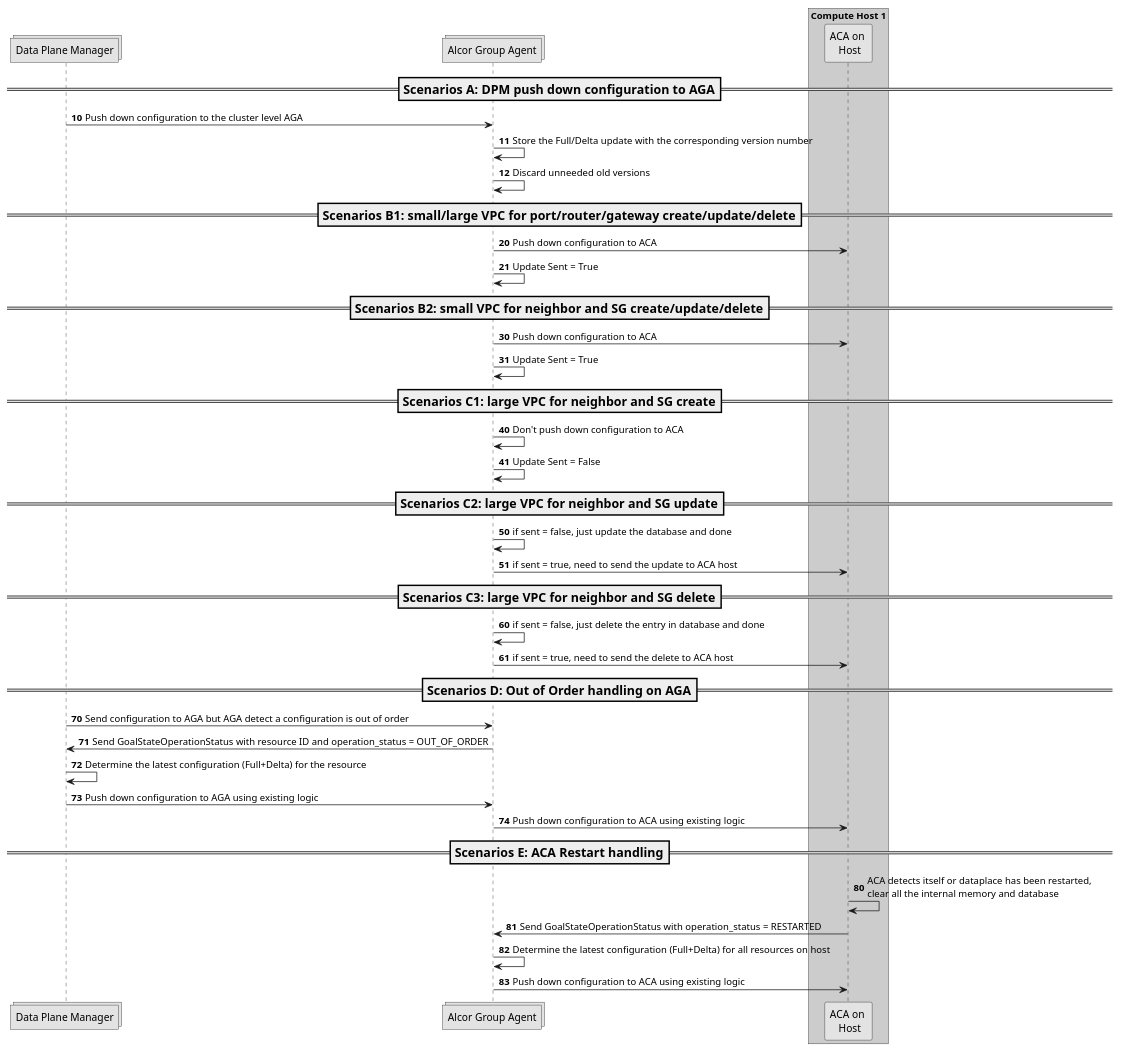
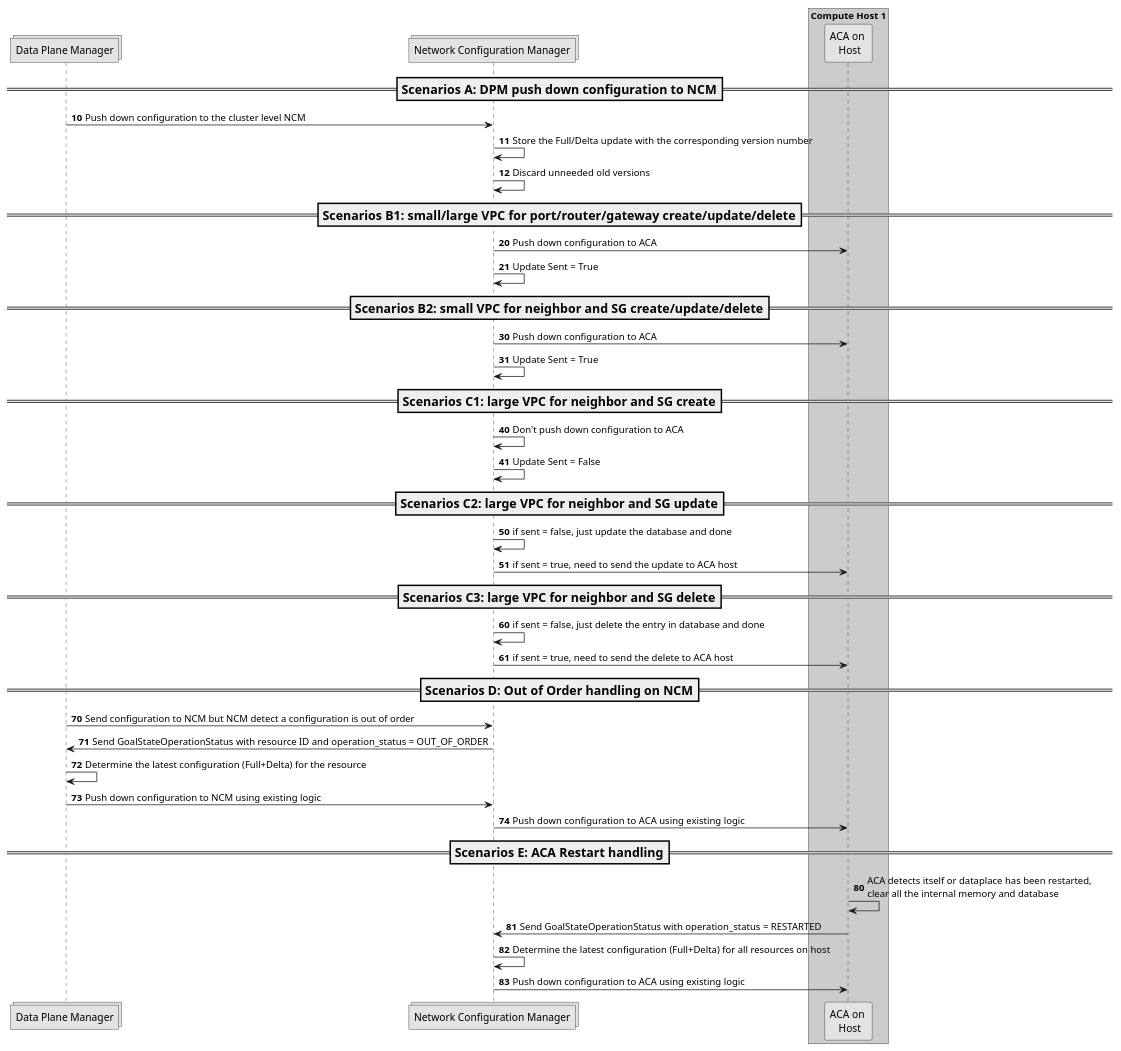
One commit to futurewei-cloud/alcor changed the diagram in docs/modules/ROOT/workflows/NCM_workflow.puml. Above: the diagram before and after it, drawn with PlantUML. The commit also changed 5 other files, not shown here.

```diff
--- a/docs/modules/ROOT/workflows/NCM_workflow.puml
+++ b/docs/modules/ROOT/workflows/NCM_workflow.puml
@@ -15,67 +15,67 @@
 @startuml
 
 skinparam monochrome true
 
 collections "Data Plane Manager"
-collections "Alcor Group Agent"
+collections "Network Configuration Manager"
 
 box "Compute Host 1" #LightBlue
 participant "ACA on \n Host"
 end box
 
 
-===Scenarios A: DPM push down configuration to AGA==
+===Scenarios A: DPM push down configuration to NCM==
 
 autonumber 10
-"Data Plane Manager" -> "Alcor Group Agent": Push down configuration to the cluster level AGA
-"Alcor Group Agent" -> "Alcor Group Agent": Store the Full/Delta update with the corresponding version number
-"Alcor Group Agent" -> "Alcor Group Agent": Discard unneeded old versions
+"Data Plane Manager" -> "Network Configuration Manager": Push down configuration to the cluster level NCM
+"Network Configuration Manager" -> "Network Configuration Manager": Store the Full/Delta update with the corresponding version number
+"Network Configuration Manager" -> "Network Configuration Manager": Discard unneeded old versions
 
 ===Scenarios B1: small/large VPC for port/router/gateway create/update/delete==
 
 autonumber 20
-"Alcor Group Agent" -> "ACA on \n Host": Push down configuration to ACA
-"Alcor Group Agent" -> "Alcor Group Agent": Update Sent = True
+"Network Configuration Manager" -> "ACA on \n Host": Push down configuration to ACA
+"Network Configuration Manager" -> "Network Configuration Manager": Update Sent = True
 
 ===Scenarios B2: small VPC for neighbor and SG create/update/delete==
 
 autonumber 30
-"Alcor Group Agent" -> "ACA on \n Host": Push down configuration to ACA
-"Alcor Group Agent" -> "Alcor Group Agent": Update Sent = True
+"Network Configuration Manager" -> "ACA on \n Host": Push down configuration to ACA
+"Network Configuration Manager" -> "Network Configuration Manager": Update Sent = True
 
 ===Scenarios C1: large VPC for neighbor and SG create==
 
 autonumber 40
-"Alcor Group Agent" -> "Alcor Group Agent": Don't push down configuration to ACA
-"Alcor Group Agent" -> "Alcor Group Agent": Update Sent = False
+"Network Configuration Manager" -> "Network Configuration Manager": Don't push down configuration to ACA
+"Network Configuration Manager" -> "Network Configuration Manager": Update Sent = False
 
 ===Scenarios C2: large VPC for neighbor and SG update==
 
 autonumber 50
-"Alcor Group Agent" -> "Alcor Group Agent": if sent = false, just update the database and done
-"Alcor Group Agent" -> "ACA on \n Host": if sent = true, need to send the update to ACA host
+"Network Configuration Manager" -> "Network Configuration Manager": if sent = false, just update the database and done
+"Network Configuration Manager" -> "ACA on \n Host": if sent = true, need to send the update to ACA host
 
 ===Scenarios C3: large VPC for neighbor and SG delete==
 
 autonumber 60
-"Alcor Group Agent" -> "Alcor Group Agent": if sent = false, just delete the entry in database and done
-"Alcor Group Agent" -> "ACA on \n Host": if sent = true, need to send the delete to ACA host
+"Network Configuration Manager" -> "Network Configuration Manager": if sent = false, just delete the entry in database and done
+"Network Configuration Manager" -> "ACA on \n Host": if sent = true, need to send the delete to ACA host
 
-===Scenarios D: Out of Order handling on AGA==
+===Scenarios D: Out of Order handling on NCM==
 
 autonumber 70
-"Data Plane Manager" -> "Alcor Group Agent": Send configuration to AGA but AGA detect a configuration is out of order
-"Alcor Group Agent" -> "Data Plane Manager": Send GoalStateOperationStatus with resource ID and operation_status = OUT_OF_ORDER
+"Data Plane Manager" -> "Network Configuration Manager": Send configuration to NCM but NCM detect a configuration is out of order
+"Network Configuration Manager" -> "Data Plane Manager": Send GoalStateOperationStatus with resource ID and operation_status = OUT_OF_ORDER
 "Data Plane Manager" -> "Data Plane Manager": Determine the latest configuration (Full+Delta) for the resource
-"Data Plane Manager" -> "Alcor Group Agent": Push down configuration to AGA using existing logic
-"Alcor Group Agent" -> "ACA on \n Host": Push down configuration to ACA using existing logic
+"Data Plane Manager" -> "Network Configuration Manager": Push down configuration to NCM using existing logic
+"Network Configuration Manager" -> "ACA on \n Host": Push down configuration to ACA using existing logic
 
 ===Scenarios E: ACA Restart handling==
 
 autonumber 80
 "ACA on \n Host" -> "ACA on \n Host": ACA detects itself or dataplace has been restarted, \nclear all the internal memory and database
-"ACA on \n Host" -> "Alcor Group Agent": Send GoalStateOperationStatus with operation_status = RESTARTED
-"Alcor Group Agent" -> "Alcor Group Agent": Determine the latest configuration (Full+Delta) for all resources on host
-"Alcor Group Agent" -> "ACA on \n Host": Push down configuration to ACA using existing logic
+"ACA on \n Host" -> "Network Configuration Manager": Send GoalStateOperationStatus with operation_status = RESTARTED
+"Network Configuration Manager" -> "Network Configuration Manager": Determine the latest configuration (Full+Delta) for all resources on host
+"Network Configuration Manager" -> "ACA on \n Host": Push down configuration to ACA using existing logic
 
 @enduml
```
